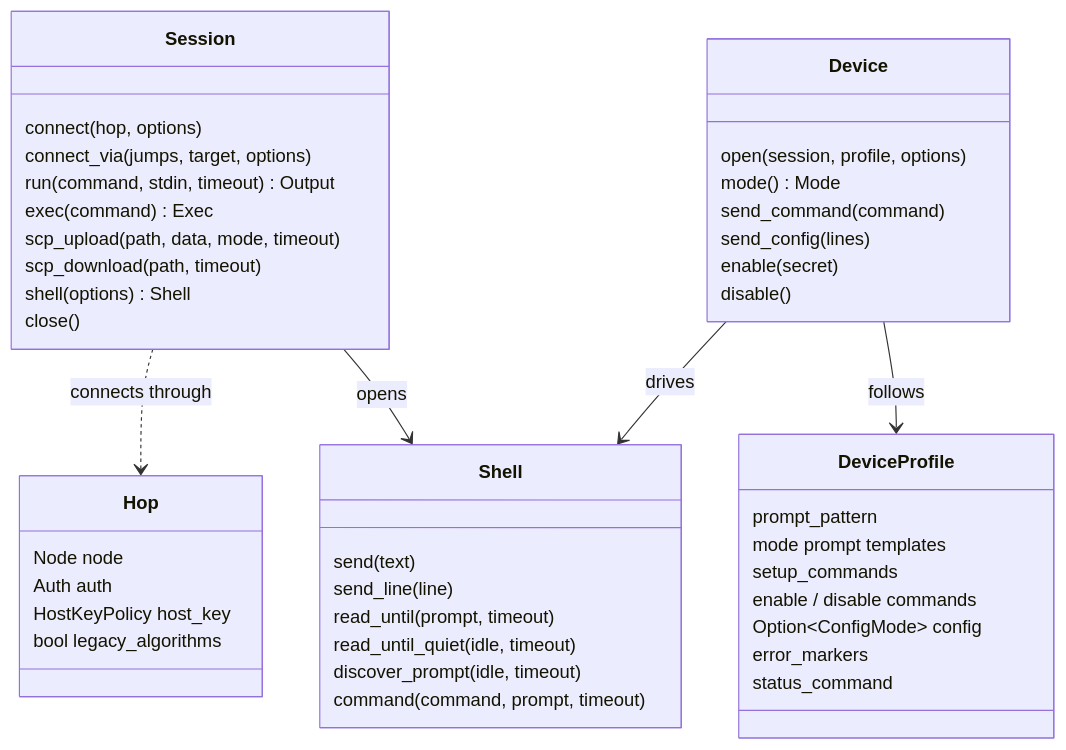
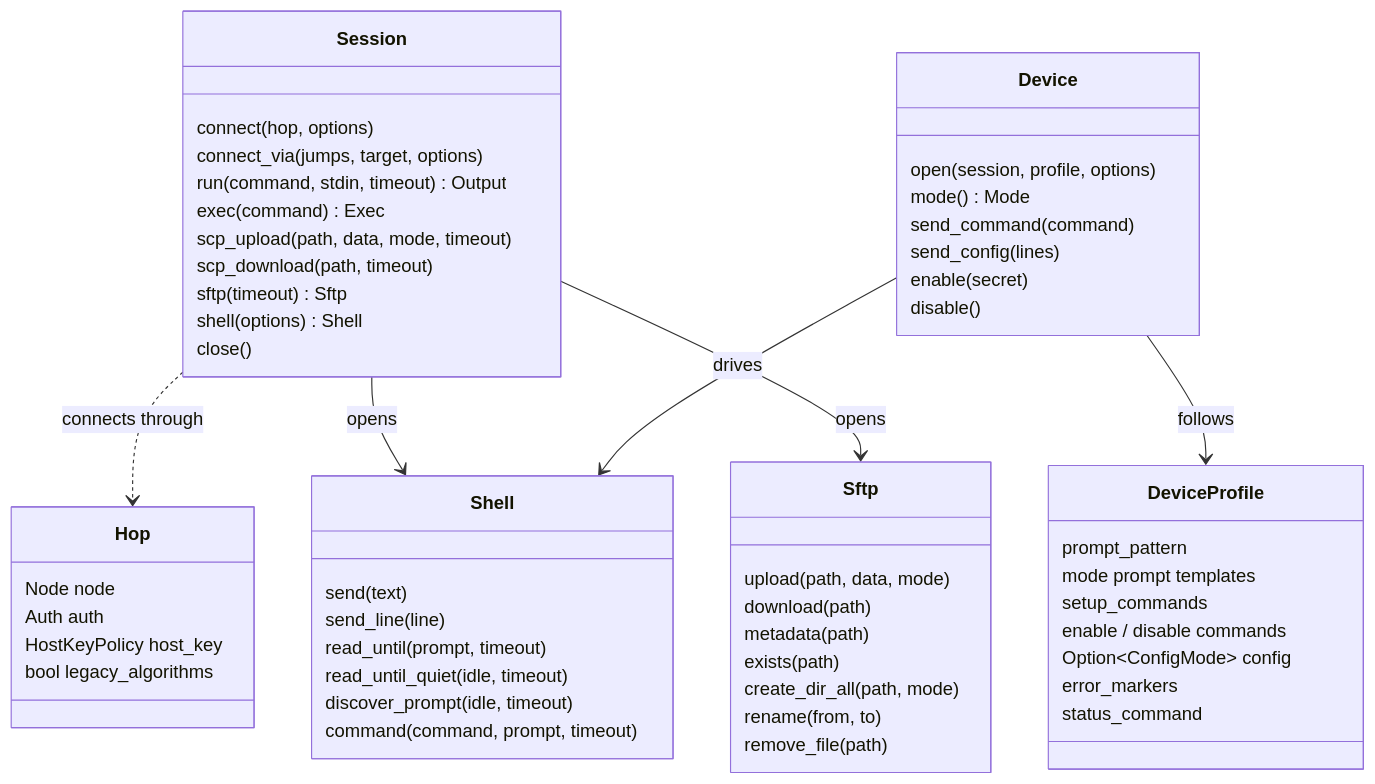
Before and after one commit to bwks/jato-lib: the second of 2 diagrams in docs/architecture/README.md, drawn with Mermaid. The commit also changed other lines of this file and 15 other files, not shown here.

````diff
--- a/docs/architecture/README.md
+++ b/docs/architecture/README.md
@@ -145,48 +156,59 @@
 ```mermaid
 classDiagram
     class Hop {
         Node node
         Auth auth
         HostKeyPolicy host_key
         bool legacy_algorithms
     }
     class Session {
         connect(hop, options)
         connect_via(jumps, target, options)
         run(command, stdin, timeout) Output
         exec(command) Exec
         scp_upload(path, data, mode, timeout)
         scp_download(path, timeout)
+        sftp(timeout) Sftp
         shell(options) Shell
         close()
     }
     class Shell {
         send(text)
         send_line(line)
         read_until(prompt, timeout)
         read_until_quiet(idle, timeout)
         discover_prompt(idle, timeout)
         command(command, prompt, timeout)
+    }
+    class Sftp {
+        upload(path, data, mode)
+        download(path)
+        metadata(path)
+        exists(path)
+        create_dir_all(path, mode)
+        rename(from, to)
+        remove_file(path)
     }
     class Device {
         open(session, profile, options)
         mode() Mode
         send_command(command)
         send_config(lines)
         enable(secret)
         disable()
     }
     class DeviceProfile {
         prompt_pattern
         mode prompt templates
         setup_commands
         enable / disable commands
         Option~ConfigMode~ config
         error_markers
         status_command
     }
     Session ..> Hop : connects through
     Session --> Shell : opens
+    Session --> Sftp : opens
     Device --> Shell : drives
     Device --> DeviceProfile : follows
 ```
````
